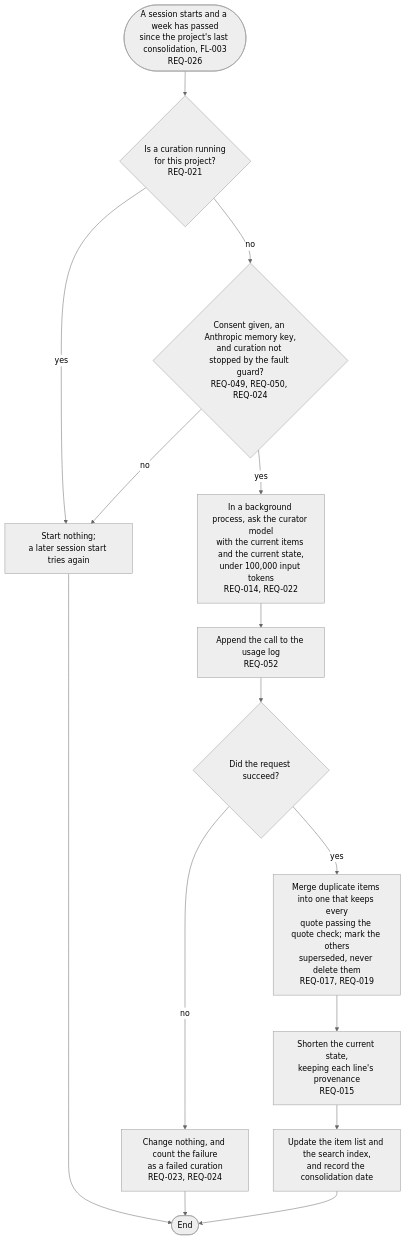
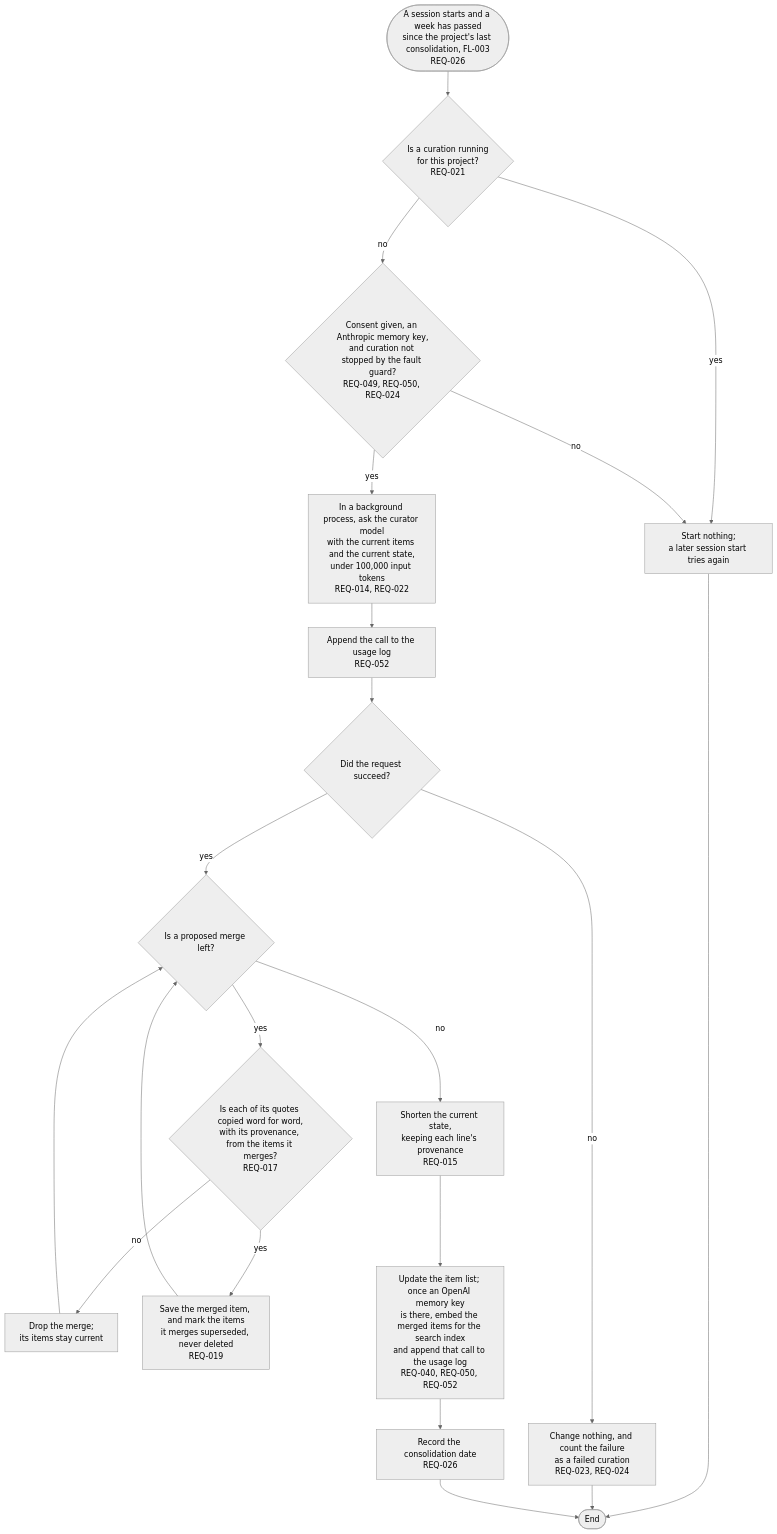
The diagram in docs/03-user-flow/memory/FL-006-consolidate-a-project.md (kodonghui/corthex), drawn with Mermaid (neutral theme) before and after one commit. The commit also changed other lines of this file and 11 other files, not shown here.

First line of the commit message:
docs: log embedding calls and keep checked quotes in the memory flows

````diff
--- a/docs/03-user-flow/memory/FL-006-consolidate-a-project.md
+++ b/docs/03-user-flow/memory/FL-006-consolidate-a-project.md
@@ -9,17 +9,23 @@
 ```mermaid
 flowchart TD
   A(["A session starts and a week has passed<br/>since the project's last consolidation, FL-003<br/>REQ-026"]) --> B{"Is a curation running<br/>for this project?<br/>REQ-021"}
   B -->|yes| B1["Start nothing;<br/>a later session start tries again"]
   B1 --> Z(["End"])
   B -->|no| C{"Consent given, an Anthropic memory key,<br/>and curation not stopped by the fault guard?<br/>REQ-049, REQ-050, REQ-024"}
   C -->|no| B1
   C -->|yes| D["In a background process, ask the curator model<br/>with the current items and the current state,<br/>under 100,000 input tokens<br/>REQ-014, REQ-022"]
   D --> E["Append the call to the usage log<br/>REQ-052"]
   E --> F{"Did the request succeed?"}
   F -->|no| F1["Change nothing, and count the failure<br/>as a failed curation<br/>REQ-023, REQ-024"]
   F1 --> Z
-  F -->|yes| G["Merge duplicate items into one that keeps every<br/>quote passing the quote check; mark the others<br/>superseded, never delete them<br/>REQ-017, REQ-019"]
-  G --> H["Shorten the current state,<br/>keeping each line's provenance<br/>REQ-015"]
-  H --> I["Update the item list and the search index,<br/>and record the consolidation date"]
-  I --> Z
+  F -->|yes| M{"Is a proposed merge left?"}
+  M -->|yes| G{"Is each of its quotes copied word for word,<br/>with its provenance, from the items it merges?<br/>REQ-017"}
+  G -->|no| G1["Drop the merge;<br/>its items stay current"]
+  G1 --> M
+  G -->|yes| G2["Save the merged item, and mark the items<br/>it merges superseded, never deleted<br/>REQ-019"]
+  G2 --> M
+  M -->|no| H["Shorten the current state,<br/>keeping each line's provenance<br/>REQ-015"]
+  H --> I["Update the item list; once an OpenAI memory key<br/>is there, embed the merged items for the search index<br/>and append that call to the usage log<br/>REQ-040, REQ-050, REQ-052"]
+  I --> K["Record the consolidation date<br/>REQ-026"]
+  K --> Z
 ```
````
